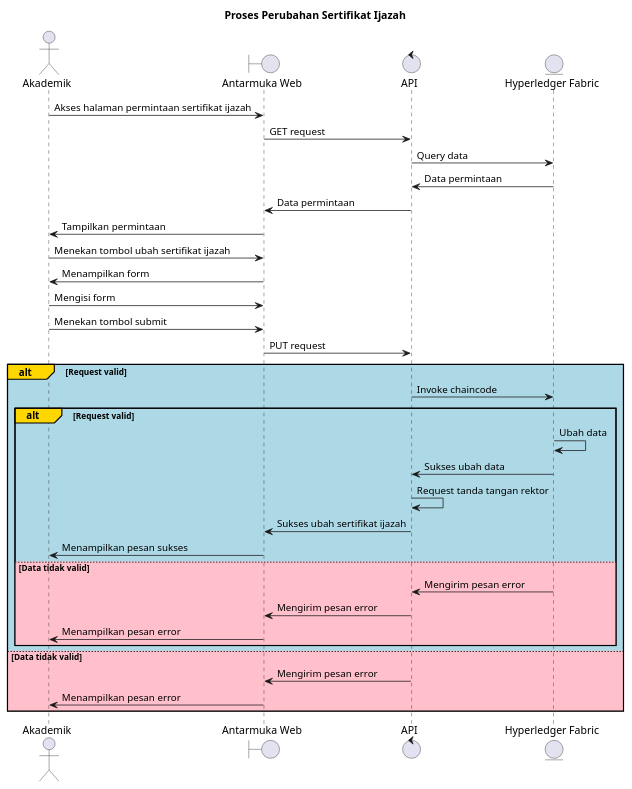
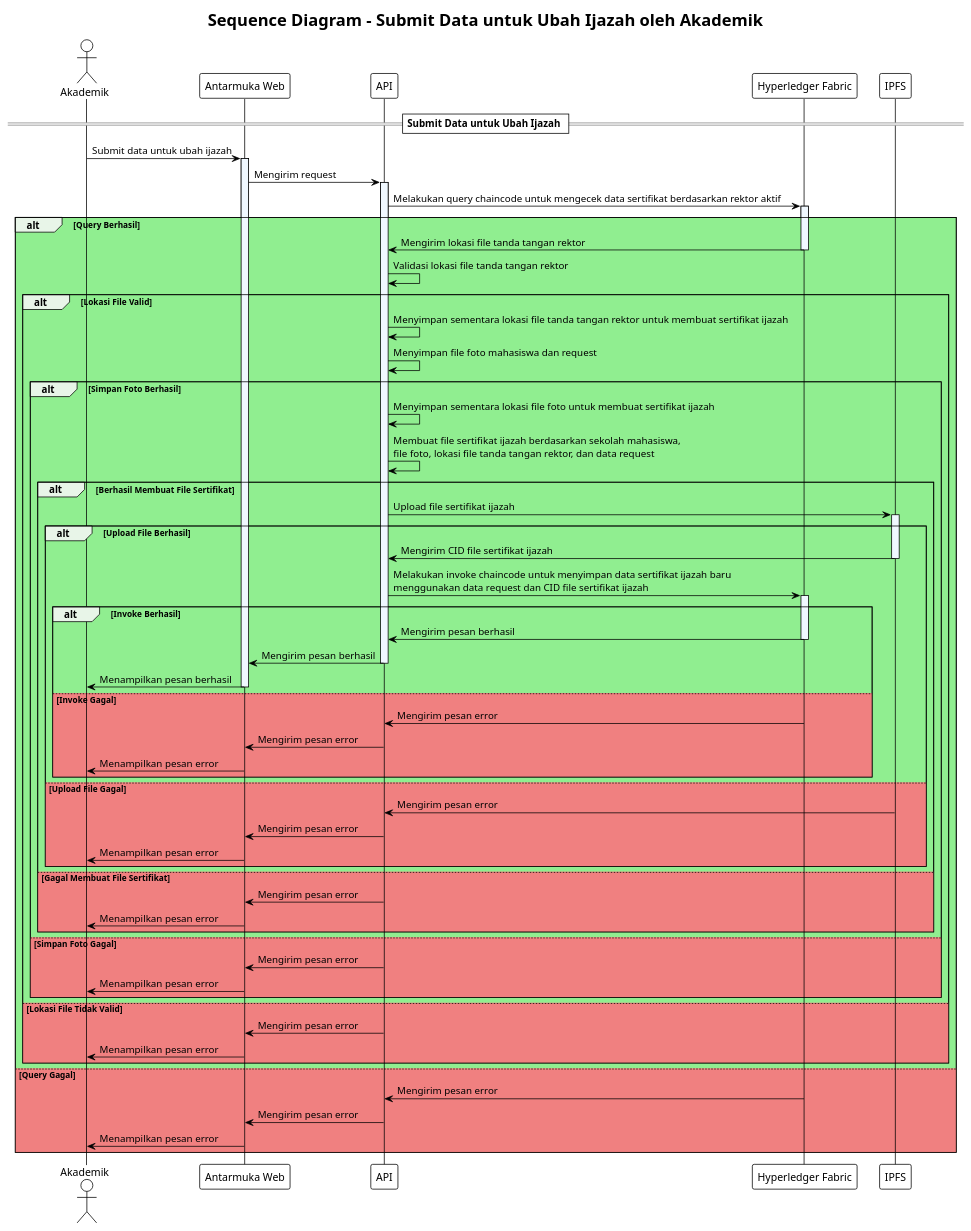
The diagram in requirement/sequence-diagram/SD-4.plantuml (nas11ai/tugas-akhir), drawn with PlantUML before and after one commit. The commit also changed 7 other files, not shown here.

Commit message:
feat: update sequence diagram

```diff
--- a/requirement/sequence-diagram/SD-4.plantuml
+++ b/requirement/sequence-diagram/SD-4.plantuml
@@ -1,43 +1,118 @@
 @startuml SD-4
+!theme plain
+title Sequence Diagram - Submit Data untuk Ubah Ijazah oleh Akademik
 
-title Proses Perubahan Sertifikat Ijazah
+skinparam sequenceGroupBackgroundColor #E8F5E8
+skinparam sequenceLifeLineBackgroundColor #F0F8FF
 
-actor       Akademik                      as user
-boundary    "Antarmuka Web"               as ui
-control     API                           as api
-entity      "Hyperledger Fabric"          as fabric
+actor Akademik
+participant "Antarmuka Web" as Web
+participant "API" as API
+participant "Hyperledger Fabric" as HLF
+participant "IPFS" as IPFS
 
-user -> ui : Akses halaman permintaan sertifikat ijazah
-ui -> api : GET request
-api -> fabric: Query data
-fabric -> api: Data permintaan
-api -> ui: Data permintaan
-ui -> user: Tampilkan permintaan
+== Submit Data untuk Ubah Ijazah ==
+Akademik -> Web: Submit data untuk ubah ijazah
+activate Web
 
-user -> ui : Menekan tombol ubah sertifikat ijazah
-ui -> user: Menampilkan form
-user -> ui: Mengisi form
-user-> ui: Menekan tombol submit
-ui -> api : PUT request
+Web -> API: Mengirim request
+activate API
 
-alt#Gold #LightBlue Request valid
-    api -> fabric: Invoke chaincode
+API -> HLF: Melakukan query chaincode untuk mengecek data sertifikat berdasarkan rektor aktif
+activate HLF
 
-    alt#Gold #LightBlue Request valid
-        fabric -> fabric: Ubah data
-        fabric -> api: Sukses ubah data
-        api -> api: Request tanda tangan rektor
-        api -> ui: Sukses ubah sertifikat ijazah
-        ui -> user: Menampilkan pesan sukses
-    else #Pink Data tidak valid
-        fabric -> api: Mengirim pesan error
-        api -> ui: Mengirim pesan error
-        ui -> user: Menampilkan pesan error
+alt #lightgreen Query Berhasil
+    HLF -> API: Mengirim lokasi file tanda tangan rektor
+    deactivate HLF
+    
+    API -> API: Validasi lokasi file tanda tangan rektor
+    
+    alt #lightgreen Lokasi File Valid
+        API -> API: Menyimpan sementara lokasi file tanda tangan rektor untuk membuat sertifikat ijazah
+        
+        API -> API: Menyimpan file foto mahasiswa dan request
+        
+        alt #lightgreen Simpan Foto Berhasil
+            API -> API: Menyimpan sementara lokasi file foto untuk membuat sertifikat ijazah
+            
+            API -> API: Membuat file sertifikat ijazah berdasarkan sekolah mahasiswa,\nfile foto, lokasi file tanda tangan rektor, dan data request
+            
+            alt #lightgreen Berhasil Membuat File Sertifikat
+                API -> IPFS: Upload file sertifikat ijazah
+                activate IPFS
+                
+                alt #lightgreen Upload File Berhasil
+                    IPFS -> API: Mengirim CID file sertifikat ijazah
+                    deactivate IPFS
+                    
+                    API -> HLF: Melakukan invoke chaincode untuk menyimpan data sertifikat ijazah baru\nmenggunakan data request dan CID file sertifikat ijazah
+                    activate HLF
+                    
+                    alt #lightgreen Invoke Berhasil
+                        HLF -> API: Mengirim pesan berhasil
+                        deactivate HLF
+                        
+                        API -> Web: Mengirim pesan berhasil
+                        deactivate API
+                        
+                        Web -> Akademik: Menampilkan pesan berhasil
+                        deactivate Web
+                        
+                    else #lightcoral Invoke Gagal
+                        HLF -> API: Mengirim pesan error
+                        deactivate HLF
+                        
+                        API -> Web: Mengirim pesan error
+                        deactivate API
+                        
+                        Web -> Akademik: Menampilkan pesan error
+                        deactivate Web
+                    end
+                    
+                else #lightcoral Upload File Gagal
+                    IPFS -> API: Mengirim pesan error
+                    deactivate IPFS
+                    
+                    API -> Web: Mengirim pesan error
+                    deactivate API
+                    
+                    Web -> Akademik: Menampilkan pesan error
+                    deactivate Web
+                end
+                
+            else #lightcoral Gagal Membuat File Sertifikat
+                API -> Web: Mengirim pesan error
+                deactivate API
+                
+                Web -> Akademik: Menampilkan pesan error
+                deactivate Web
+            end
+            
+        else #lightcoral Simpan Foto Gagal
+            API -> Web: Mengirim pesan error
+            deactivate API
+            
+            Web -> Akademik: Menampilkan pesan error
+            deactivate Web
+        end
+        
+    else #lightcoral Lokasi File Tidak Valid
+        API -> Web: Mengirim pesan error
+        deactivate API
+        
+        Web -> Akademik: Menampilkan pesan error
+        deactivate Web
     end
-
-else #Pink Data tidak valid
-    api -> ui: Mengirim pesan error
-    ui -> user: Menampilkan pesan error
+    
+else #lightcoral Query Gagal
+    HLF -> API: Mengirim pesan error
+    deactivate HLF
+    
+    API -> Web: Mengirim pesan error
+    deactivate API
+    
+    Web -> Akademik: Menampilkan pesan error
+    deactivate Web
 end
 
 @enduml
```
